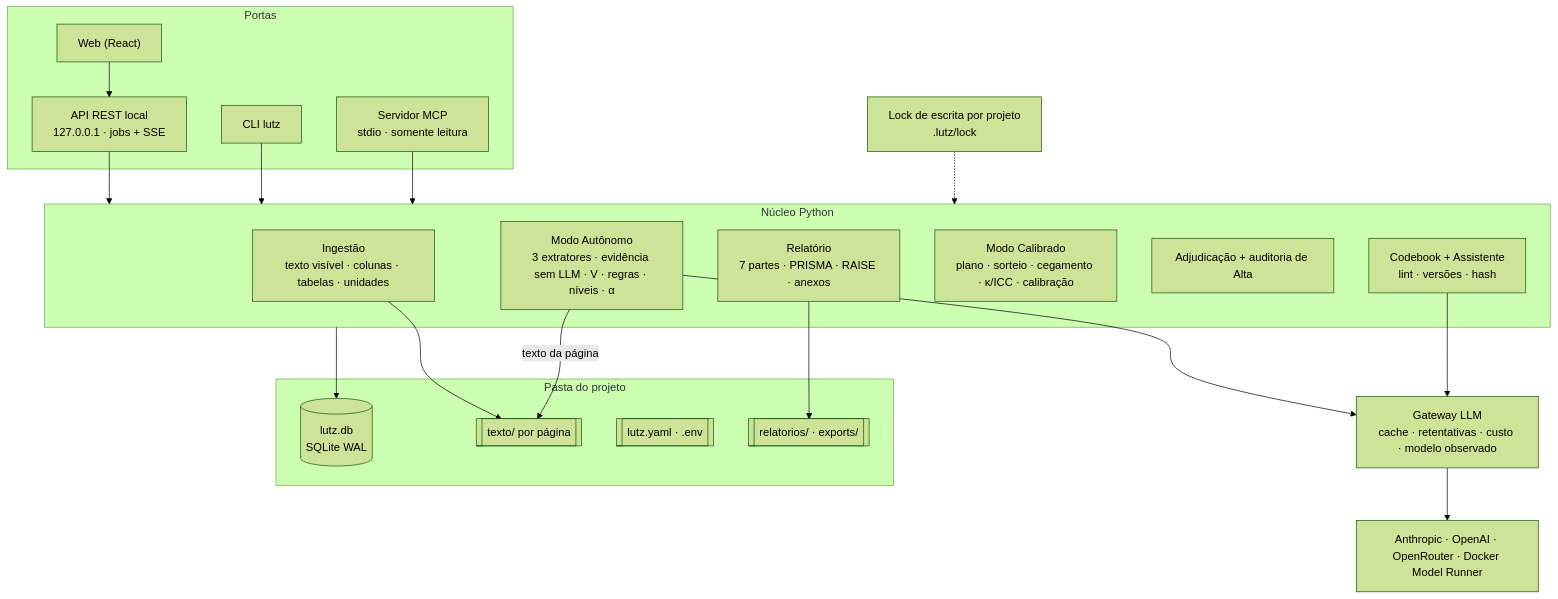
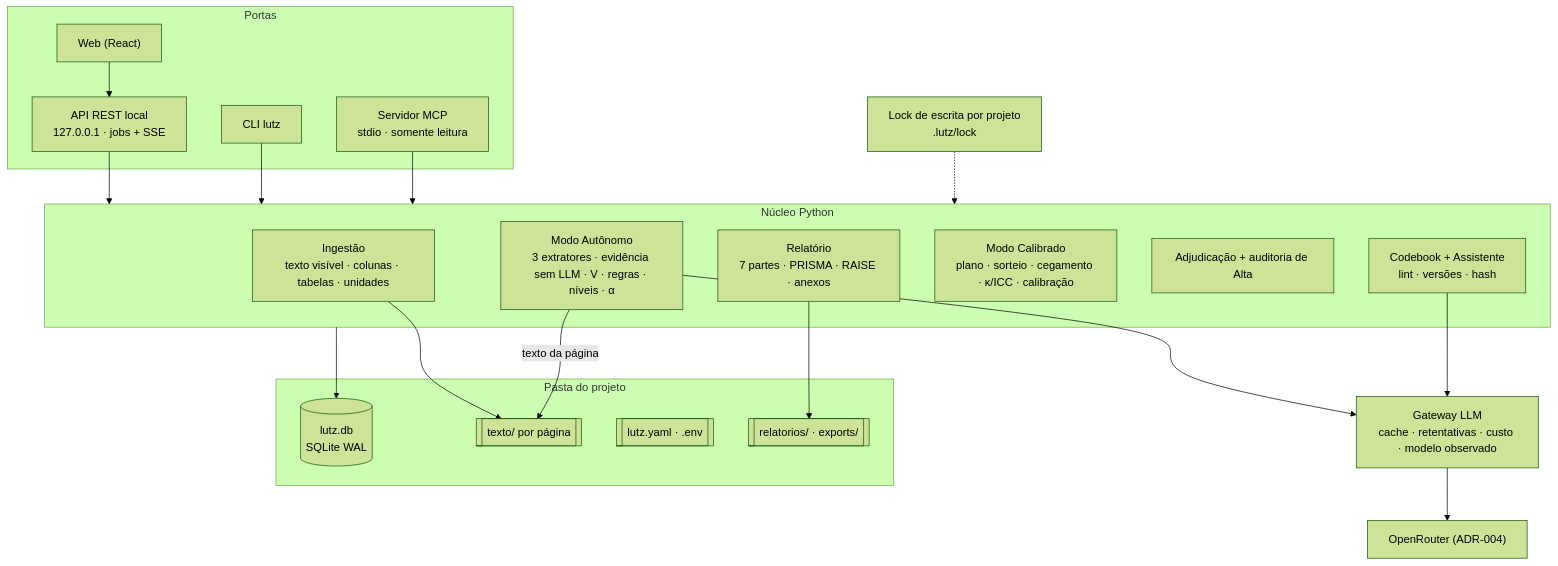
The diagram in docs/diagrams/arquitetura.mmd (jooguilhermesc/lutz), drawn with Mermaid (forest theme) before and after one commit. The commit also changed 10 other files, not shown here.

First line of the commit message:
fix: temperatura n/a para modelos anthropic/ via OpenRouter; referências antigas

```diff
--- a/docs/diagrams/arquitetura.mmd
+++ b/docs/diagrams/arquitetura.mmd
@@ -1,32 +1,32 @@
 %% Lutz 1.0 — arquitetura. Tudo local; sem Postgres e sem índice vetorial.
 flowchart TB
     subgraph Portas
         WEB["Web (React)"] --> API["API REST local<br/>127.0.0.1 · jobs + SSE"]
         CLI["CLI lutz"]
         MCP["Servidor MCP<br/>stdio · somente leitura"]
     end
     API --> NUCLEO
     CLI --> NUCLEO
     MCP --> NUCLEO
     subgraph NUCLEO["Núcleo Python"]
         ING["Ingestão<br/>texto visível · colunas · tabelas · unidades"]
         CB["Codebook + Assistente<br/>lint · versões · hash"]
         AUTO["Modo Autônomo<br/>3 extratores · evidência sem LLM · V · regras · níveis · α"]
         CAL["Modo Calibrado<br/>plano · sorteio · cegamento · κ/ICC · calibração"]
         REV["Adjudicação + auditoria de Alta"]
         REL["Relatório<br/>7 partes · PRISMA · RAISE · anexos"]
     end
     AUTO --> GW["Gateway LLM<br/>cache · retentativas · custo · modelo observado"]
     CB --> GW
-    GW --> PROV["Anthropic · OpenAI · OpenRouter · Docker Model Runner"]
+    GW --> PROV["OpenRouter (ADR-004)"]
     subgraph Disco["Pasta do projeto"]
         DB[("lutz.db<br/>SQLite WAL")]
         TXT[["texto/ por página"]]
         CFG[["lutz.yaml · .env"]]
         OUT[["relatorios/ · exports/"]]
     end
     NUCLEO --> DB
     ING --> TXT
     AUTO -- "texto da página" --> TXT
     REL --> OUT
     LOCK["Lock de escrita por projeto<br/>.lutz/lock"] -.-> NUCLEO
```
